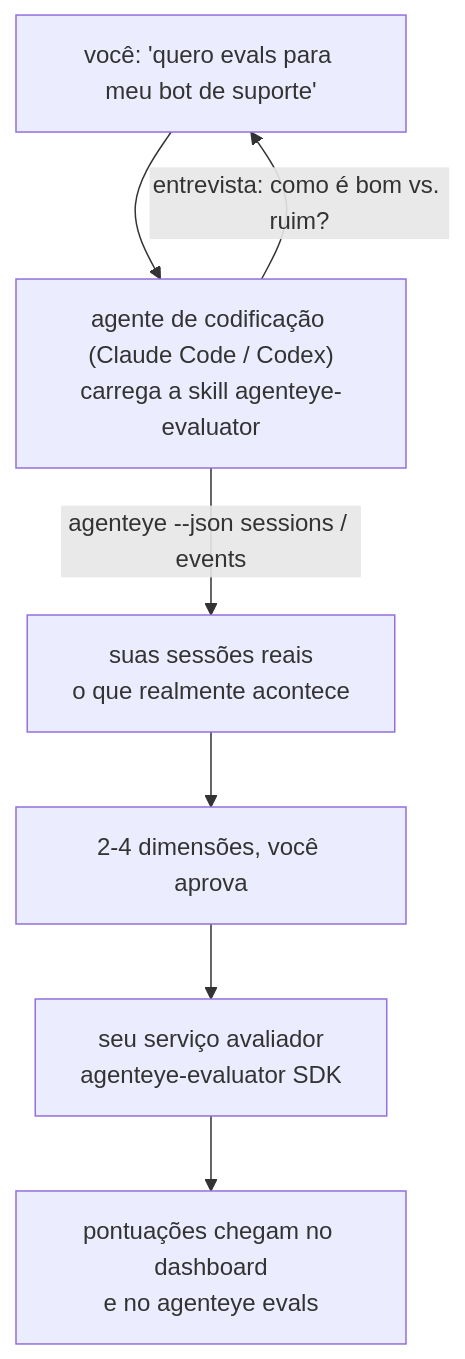
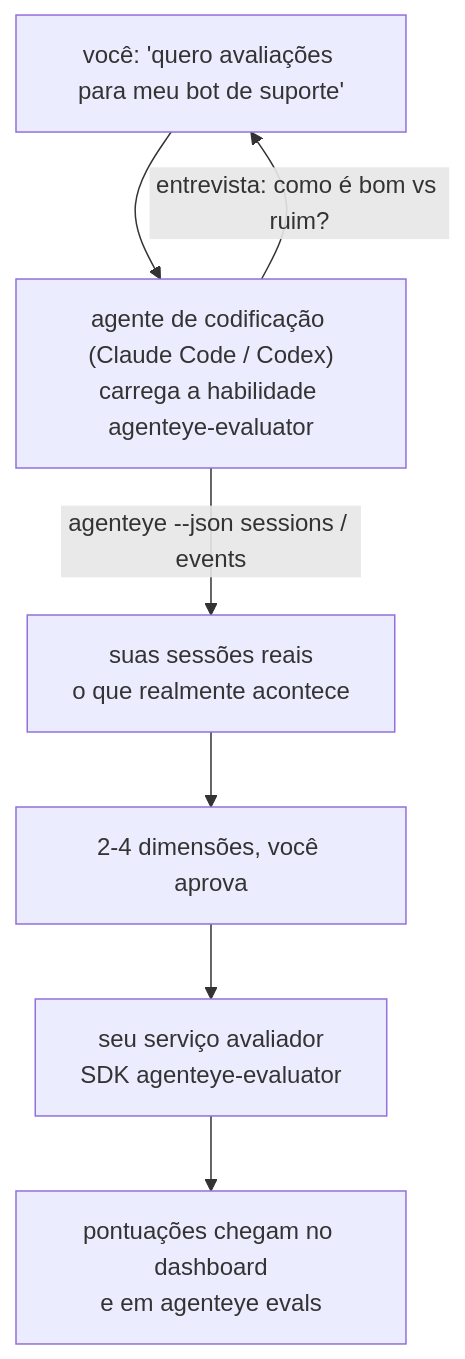
One commit to FailproofAI/failproofai changed the diagram in docs/pt-br/agenteye/evaluator-skill.mdx. Above: the diagram before and after it, drawn with Mermaid. The commit also changed other lines of this file and 649 other files, not shown here.

````diff
--- a/docs/pt-br/agenteye/evaluator-skill.mdx
+++ b/docs/pt-br/agenteye/evaluator-skill.mdx
@@ -21,9 +21,9 @@
 ```mermaid
 flowchart TD
-    YOU["você: 'quero evals para meu bot de suporte'"] --> AGENT["agente de codificação (Claude Code / Codex)<br/>carrega a skill agenteye-evaluator"]
-    AGENT -->|"entrevista: como é bom vs. ruim?"| YOU
+    YOU["você: 'quero avaliações para meu bot de suporte'"] --> AGENT["agente de codificação (Claude Code / Codex)<br/>carrega a habilidade agenteye-evaluator"]
+    AGENT -->|"entrevista: como é bom vs ruim?"| YOU
     AGENT -->|"agenteye --json sessions / events"| DATA["suas sessões reais<br/>o que realmente acontece"]
     DATA --> DIMS["2-4 dimensões, você aprova"]
-    DIMS --> SVC["seu serviço avaliador<br/>agenteye-evaluator SDK"]
-    SVC --> SCORES["pontuações chegam no dashboard<br/>e no agenteye evals"]
+    DIMS --> SVC["seu serviço avaliador<br/>SDK agenteye-evaluator"]
+    SVC --> SCORES["pontuações chegam no dashboard<br/>e em agenteye evals"]
 ```
````
